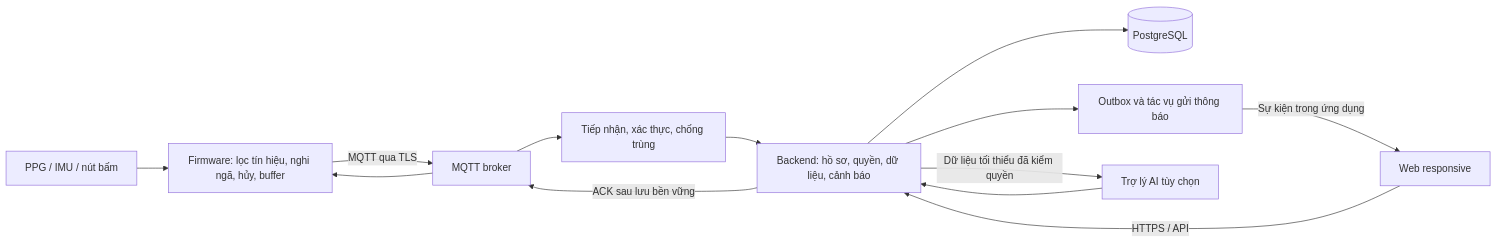
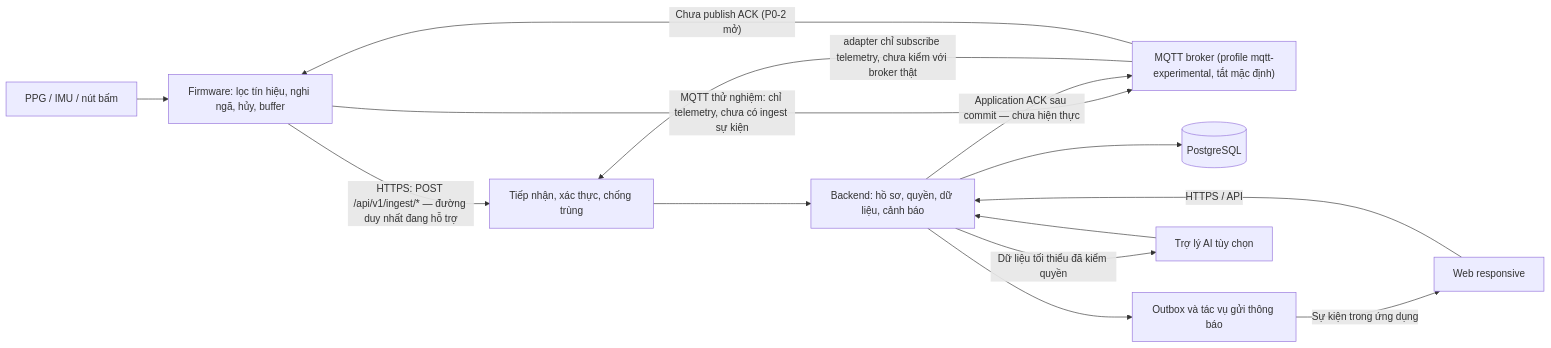
One commit to Tung204/Heart-iot changed the first of 2 diagrams in docs/03-kien-truc-he-thong.md. Above: the diagram before and after it, drawn with Mermaid. The commit also changed other lines of this file and 9 other files, not shown here.

First line of the commit message:
fix(infra): đóng bề mặt MQTT chưa xác thực, hạ broker xuống profile thử nghiệm

````diff
--- a/docs/03-kien-truc-he-thong.md
+++ b/docs/03-kien-truc-he-thong.md
@@ -9,15 +9,16 @@
 ```mermaid
 flowchart LR
     Sensors["PPG / IMU / nút bấm"] --> Device["Firmware: lọc tín hiệu, nghi ngã, hủy, buffer"]
-    Device -->|"MQTT qua TLS"| Broker["MQTT broker"]
-    Broker --> Ingest["Tiếp nhận, xác thực, chống trùng"]
+    Device -->|"HTTPS: POST /api/v1/ingest/* — đường duy nhất đang hỗ trợ"| Ingest["Tiếp nhận, xác thực, chống trùng"]
+    Device -->|"MQTT thử nghiệm: chỉ telemetry, chưa có ingest sự kiện"| Broker["MQTT broker (profile mqtt-experimental, tắt mặc định)"]
+    Broker -->|"adapter chỉ subscribe telemetry, chưa kiểm với broker thật"| Ingest
     Ingest --> Backend["Backend: hồ sơ, quyền, dữ liệu, cảnh báo"]
     Backend --> DB[("PostgreSQL")]
     Backend --> Delivery["Outbox và tác vụ gửi thông báo"]
     Delivery -->|"Sự kiện trong ứng dụng"| Web["Web responsive"]
     Web -->|"HTTPS / API"| Backend
-    Backend -->|"ACK sau lưu bền vững"| Broker
-    Broker --> Device
+    Backend -->|"Application ACK sau commit — chưa hiện thực"| Broker
+    Broker -->|"Chưa publish ACK (P0-2 mở)"| Device
     Backend -->|"Dữ liệu tối thiểu đã kiểm quyền"| AI["Trợ lý AI tùy chọn"]
     AI --> Backend
 ```
````
